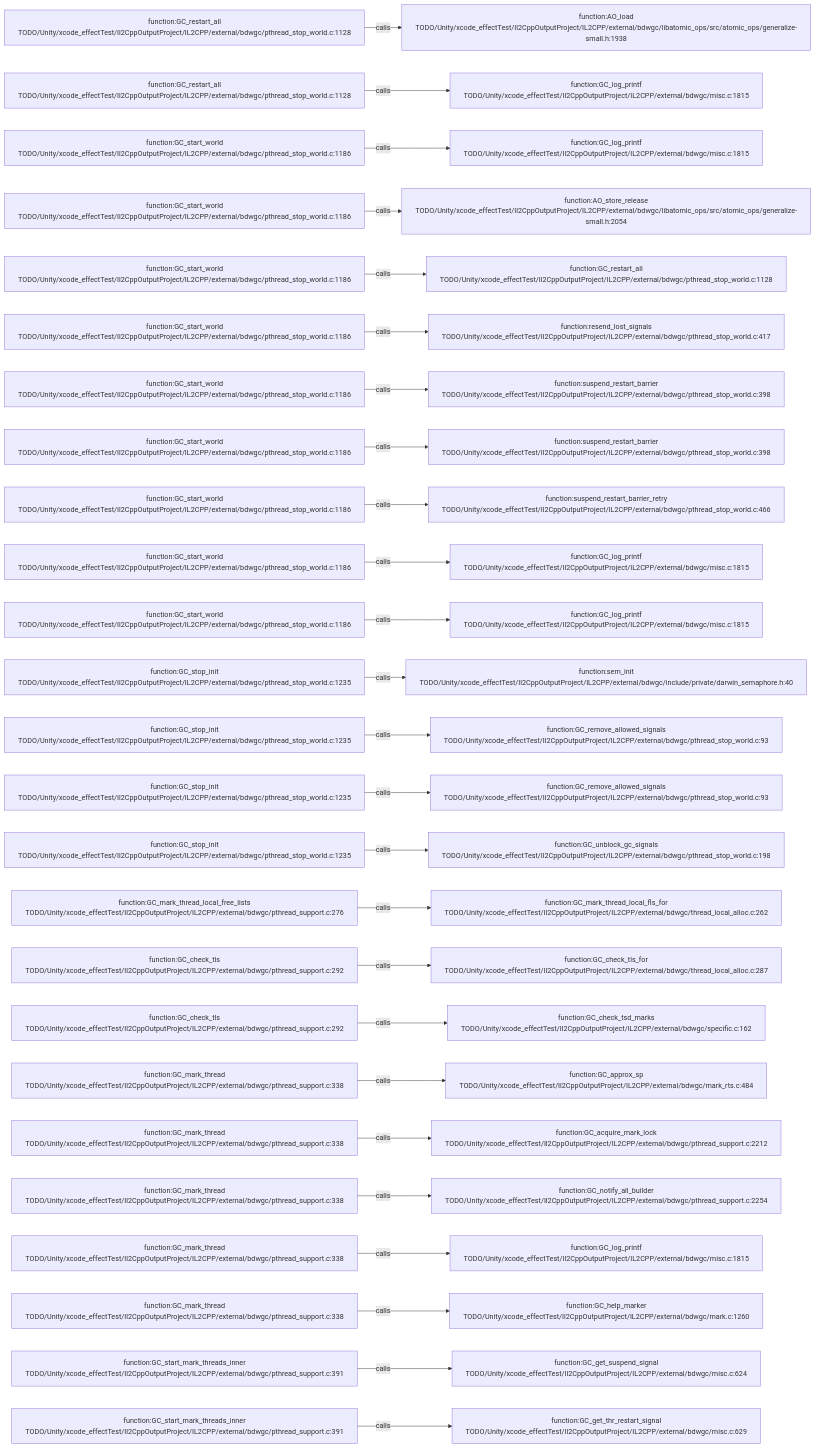
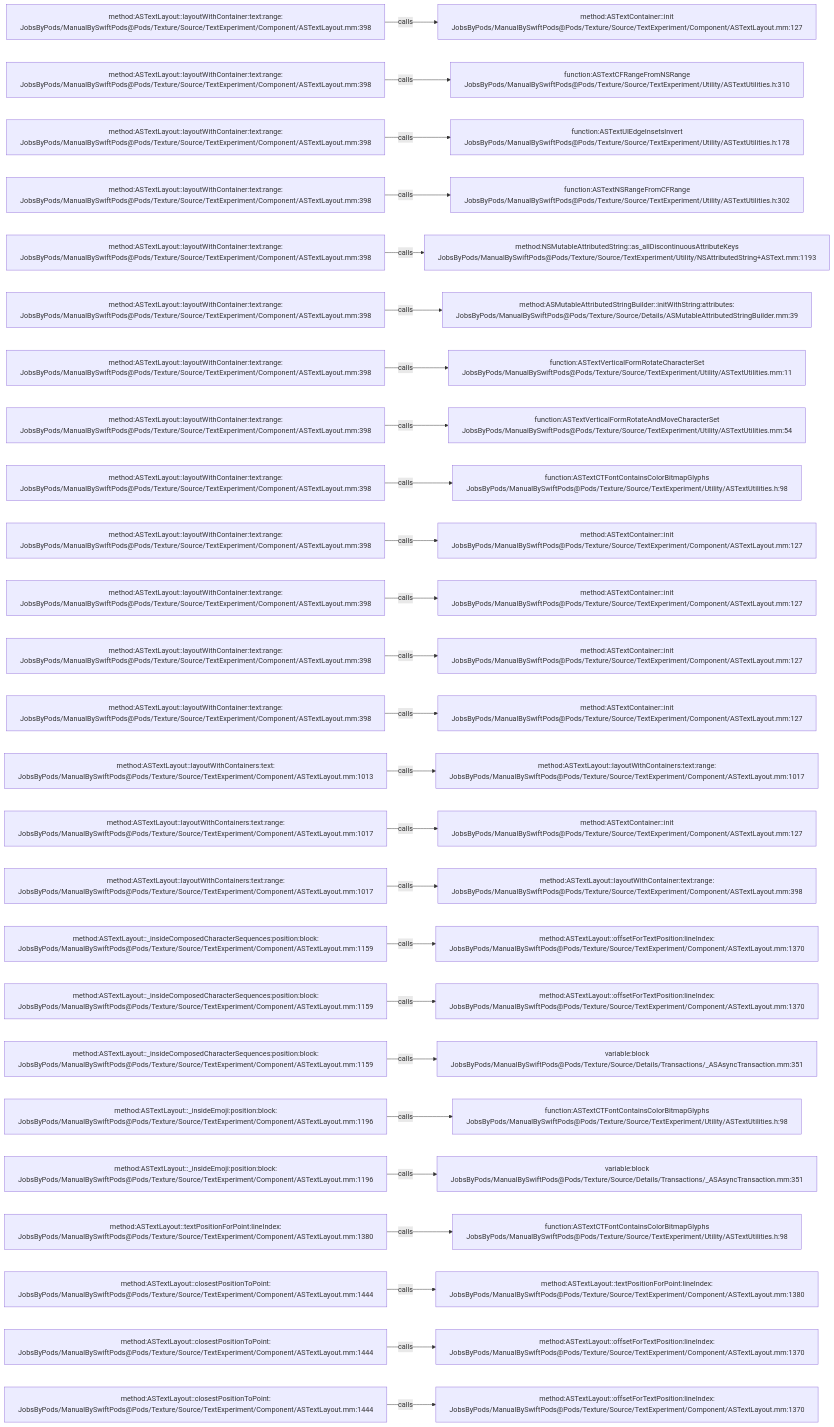
The diagram in .codegraph/codegraph.md/graphs/calls-151.md (JobsKits/JobsSwiftBaseConfigDemo), drawn with Mermaid before and after one commit. The commit also changed 2959 other files, not shown here.

````diff
--- a/.codegraph/codegraph.md/graphs/calls-151.md
+++ b/.codegraph/codegraph.md/graphs/calls-151.md
@@ -13,78 +13,78 @@
 ```mermaid
 flowchart LR
-  S1["function:GC_restart_all<br/>TODO/Unity/xcode_effectTest/Il2CppOutputProject/IL2CPP/external/bdwgc/pthread_stop_world.c:1128"]
-  T1["function:AO_load<br/>TODO/Unity/xcode_effectTest/Il2CppOutputProject/IL2CPP/external/bdwgc/libatomic_ops/src/atomic_ops/generalize-small.h:1938"]
+  S1["method:ASTextLayout::layoutWithContainer:text:range:<br/>JobsByPods/ManualBySwiftPods@Pods/Texture/Source/TextExperiment/Component/ASTextLayout.mm:398"]
+  T1["method:ASTextContainer::init<br/>JobsByPods/ManualBySwiftPods@Pods/Texture/Source/TextExperiment/Component/ASTextLayout.mm:127"]
   S1 -->|calls| T1
-  S2["function:GC_restart_all<br/>TODO/Unity/xcode_effectTest/Il2CppOutputProject/IL2CPP/external/bdwgc/pthread_stop_world.c:1128"]
-  T2["function:GC_log_printf<br/>TODO/Unity/xcode_effectTest/Il2CppOutputProject/IL2CPP/external/bdwgc/misc.c:1815"]
+  S2["method:ASTextLayout::layoutWithContainer:text:range:<br/>JobsByPods/ManualBySwiftPods@Pods/Texture/Source/TextExperiment/Component/ASTextLayout.mm:398"]
+  T2["function:ASTextCFRangeFromNSRange<br/>JobsByPods/ManualBySwiftPods@Pods/Texture/Source/TextExperiment/Utility/ASTextUtilities.h:310"]
   S2 -->|calls| T2
-  S3["function:GC_start_world<br/>TODO/Unity/xcode_effectTest/Il2CppOutputProject/IL2CPP/external/bdwgc/pthread_stop_world.c:1186"]
-  T3["function:GC_log_printf<br/>TODO/Unity/xcode_effectTest/Il2CppOutputProject/IL2CPP/external/bdwgc/misc.c:1815"]
+  S3["method:ASTextLayout::layoutWithContainer:text:range:<br/>JobsByPods/ManualBySwiftPods@Pods/Texture/Source/TextExperiment/Component/ASTextLayout.mm:398"]
+  T3["function:ASTextUIEdgeInsetsInvert<br/>JobsByPods/ManualBySwiftPods@Pods/Texture/Source/TextExperiment/Utility/ASTextUtilities.h:178"]
   S3 -->|calls| T3
-  S4["function:GC_start_world<br/>TODO/Unity/xcode_effectTest/Il2CppOutputProject/IL2CPP/external/bdwgc/pthread_stop_world.c:1186"]
-  T4["function:AO_store_release<br/>TODO/Unity/xcode_effectTest/Il2CppOutputProject/IL2CPP/external/bdwgc/libatomic_ops/src/atomic_ops/generalize-small.h:2054"]
+  S4["method:ASTextLayout::layoutWithContainer:text:range:<br/>JobsByPods/ManualBySwiftPods@Pods/Texture/Source/TextExperiment/Component/ASTextLayout.mm:398"]
+  T4["function:ASTextNSRangeFromCFRange<br/>JobsByPods/ManualBySwiftPods@Pods/Texture/Source/TextExperiment/Utility/ASTextUtilities.h:302"]
   S4 -->|calls| T4
-  S5["function:GC_start_world<br/>TODO/Unity/xcode_effectTest/Il2CppOutputProject/IL2CPP/external/bdwgc/pthread_stop_world.c:1186"]
-  T5["function:GC_restart_all<br/>TODO/Unity/xcode_effectTest/Il2CppOutputProject/IL2CPP/external/bdwgc/pthread_stop_world.c:1128"]
+  S5["method:ASTextLayout::layoutWithContainer:text:range:<br/>JobsByPods/ManualBySwiftPods@Pods/Texture/Source/TextExperiment/Component/ASTextLayout.mm:398"]
+  T5["method:NSMutableAttributedString::as_allDiscontinuousAttributeKeys<br/>JobsByPods/ManualBySwiftPods@Pods/Texture/Source/TextExperiment/Utility/NSAttributedString+ASText.mm:1193"]
   S5 -->|calls| T5
-  S6["function:GC_start_world<br/>TODO/Unity/xcode_effectTest/Il2CppOutputProject/IL2CPP/external/bdwgc/pthread_stop_world.c:1186"]
-  T6["function:resend_lost_signals<br/>TODO/Unity/xcode_effectTest/Il2CppOutputProject/IL2CPP/external/bdwgc/pthread_stop_world.c:417"]
+  S6["method:ASTextLayout::layoutWithContainer:text:range:<br/>JobsByPods/ManualBySwiftPods@Pods/Texture/Source/TextExperiment/Component/ASTextLayout.mm:398"]
+  T6["method:ASMutableAttributedStringBuilder::initWithString:attributes:<br/>JobsByPods/ManualBySwiftPods@Pods/Texture/Source/Details/ASMutableAttributedStringBuilder.mm:39"]
   S6 -->|calls| T6
-  S7["function:GC_start_world<br/>TODO/Unity/xcode_effectTest/Il2CppOutputProject/IL2CPP/external/bdwgc/pthread_stop_world.c:1186"]
-  T7["function:suspend_restart_barrier<br/>TODO/Unity/xcode_effectTest/Il2CppOutputProject/IL2CPP/external/bdwgc/pthread_stop_world.c:398"]
+  S7["method:ASTextLayout::layoutWithContainer:text:range:<br/>JobsByPods/ManualBySwiftPods@Pods/Texture/Source/TextExperiment/Component/ASTextLayout.mm:398"]
+  T7["function:ASTextVerticalFormRotateCharacterSet<br/>JobsByPods/ManualBySwiftPods@Pods/Texture/Source/TextExperiment/Utility/ASTextUtilities.mm:11"]
   S7 -->|calls| T7
-  S8["function:GC_start_world<br/>TODO/Unity/xcode_effectTest/Il2CppOutputProject/IL2CPP/external/bdwgc/pthread_stop_world.c:1186"]
-  T8["function:suspend_restart_barrier<br/>TODO/Unity/xcode_effectTest/Il2CppOutputProject/IL2CPP/external/bdwgc/pthread_stop_world.c:398"]
+  S8["method:ASTextLayout::layoutWithContainer:text:range:<br/>JobsByPods/ManualBySwiftPods@Pods/Texture/Source/TextExperiment/Component/ASTextLayout.mm:398"]
+  T8["function:ASTextVerticalFormRotateAndMoveCharacterSet<br/>JobsByPods/ManualBySwiftPods@Pods/Texture/Source/TextExperiment/Utility/ASTextUtilities.mm:54"]
   S8 -->|calls| T8
-  S9["function:GC_start_world<br/>TODO/Unity/xcode_effectTest/Il2CppOutputProject/IL2CPP/external/bdwgc/pthread_stop_world.c:1186"]
-  T9["function:suspend_restart_barrier_retry<br/>TODO/Unity/xcode_effectTest/Il2CppOutputProject/IL2CPP/external/bdwgc/pthread_stop_world.c:466"]
+  S9["method:ASTextLayout::layoutWithContainer:text:range:<br/>JobsByPods/ManualBySwiftPods@Pods/Texture/Source/TextExperiment/Component/ASTextLayout.mm:398"]
+  T9["function:ASTextCTFontContainsColorBitmapGlyphs<br/>JobsByPods/ManualBySwiftPods@Pods/Texture/Source/TextExperiment/Utility/ASTextUtilities.h:98"]
   S9 -->|calls| T9
-  S10["function:GC_start_world<br/>TODO/Unity/xcode_effectTest/Il2CppOutputProject/IL2CPP/external/bdwgc/pthread_stop_world.c:1186"]
-  T10["function:GC_log_printf<br/>TODO/Unity/xcode_effectTest/Il2CppOutputProject/IL2CPP/external/bdwgc/misc.c:1815"]
+  S10["method:ASTextLayout::layoutWithContainer:text:range:<br/>JobsByPods/ManualBySwiftPods@Pods/Texture/Source/TextExperiment/Component/ASTextLayout.mm:398"]
+  T10["method:ASTextContainer::init<br/>JobsByPods/ManualBySwiftPods@Pods/Texture/Source/TextExperiment/Component/ASTextLayout.mm:127"]
   S10 -->|calls| T10
-  S11["function:GC_start_world<br/>TODO/Unity/xcode_effectTest/Il2CppOutputProject/IL2CPP/external/bdwgc/pthread_stop_world.c:1186"]
-  T11["function:GC_log_printf<br/>TODO/Unity/xcode_effectTest/Il2CppOutputProject/IL2CPP/external/bdwgc/misc.c:1815"]
+  S11["method:ASTextLayout::layoutWithContainer:text:range:<br/>JobsByPods/ManualBySwiftPods@Pods/Texture/Source/TextExperiment/Component/ASTextLayout.mm:398"]
+  T11["method:ASTextContainer::init<br/>JobsByPods/ManualBySwiftPods@Pods/Texture/Source/TextExperiment/Component/ASTextLayout.mm:127"]
   S11 -->|calls| T11
-  S12["function:GC_stop_init<br/>TODO/Unity/xcode_effectTest/Il2CppOutputProject/IL2CPP/external/bdwgc/pthread_stop_world.c:1235"]
-  T12["function:sem_init<br/>TODO/Unity/xcode_effectTest/Il2CppOutputProject/IL2CPP/external/bdwgc/include/private/darwin_semaphore.h:40"]
+  S12["method:ASTextLayout::layoutWithContainer:text:range:<br/>JobsByPods/ManualBySwiftPods@Pods/Texture/Source/TextExperiment/Component/ASTextLayout.mm:398"]
+  T12["method:ASTextContainer::init<br/>JobsByPods/ManualBySwiftPods@Pods/Texture/Source/TextExperiment/Component/ASTextLayout.mm:127"]
   S12 -->|calls| T12
-  S13["function:GC_stop_init<br/>TODO/Unity/xcode_effectTest/Il2CppOutputProject/IL2CPP/external/bdwgc/pthread_stop_world.c:1235"]
-  T13["function:GC_remove_allowed_signals<br/>TODO/Unity/xcode_effectTest/Il2CppOutputProject/IL2CPP/external/bdwgc/pthread_stop_world.c:93"]
+  S13["method:ASTextLayout::layoutWithContainer:text:range:<br/>JobsByPods/ManualBySwiftPods@Pods/Texture/Source/TextExperiment/Component/ASTextLayout.mm:398"]
+  T13["method:ASTextContainer::init<br/>JobsByPods/ManualBySwiftPods@Pods/Texture/Source/TextExperiment/Component/ASTextLayout.mm:127"]
   S13 -->|calls| T13
-  S14["function:GC_stop_init<br/>TODO/Unity/xcode_effectTest/Il2CppOutputProject/IL2CPP/external/bdwgc/pthread_stop_world.c:1235"]
-  T14["function:GC_remove_allowed_signals<br/>TODO/Unity/xcode_effectTest/Il2CppOutputProject/IL2CPP/external/bdwgc/pthread_stop_world.c:93"]
+  S14["method:ASTextLayout::layoutWithContainers:text:<br/>JobsByPods/ManualBySwiftPods@Pods/Texture/Source/TextExperiment/Component/ASTextLayout.mm:1013"]
+  T14["method:ASTextLayout::layoutWithContainers:text:range:<br/>JobsByPods/ManualBySwiftPods@Pods/Texture/Source/TextExperiment/Component/ASTextLayout.mm:1017"]
   S14 -->|calls| T14
-  S15["function:GC_stop_init<br/>TODO/Unity/xcode_effectTest/Il2CppOutputProject/IL2CPP/external/bdwgc/pthread_stop_world.c:1235"]
-  T15["function:GC_unblock_gc_signals<br/>TODO/Unity/xcode_effectTest/Il2CppOutputProject/IL2CPP/external/bdwgc/pthread_stop_world.c:198"]
+  S15["method:ASTextLayout::layoutWithContainers:text:range:<br/>JobsByPods/ManualBySwiftPods@Pods/Texture/Source/TextExperiment/Component/ASTextLayout.mm:1017"]
+  T15["method:ASTextContainer::init<br/>JobsByPods/ManualBySwiftPods@Pods/Texture/Source/TextExperiment/Component/ASTextLayout.mm:127"]
   S15 -->|calls| T15
-  S16["function:GC_mark_thread_local_free_lists<br/>TODO/Unity/xcode_effectTest/Il2CppOutputProject/IL2CPP/external/bdwgc/pthread_support.c:276"]
-  T16["function:GC_mark_thread_local_fls_for<br/>TODO/Unity/xcode_effectTest/Il2CppOutputProject/IL2CPP/external/bdwgc/thread_local_alloc.c:262"]
+  S16["method:ASTextLayout::layoutWithContainers:text:range:<br/>JobsByPods/ManualBySwiftPods@Pods/Texture/Source/TextExperiment/Component/ASTextLayout.mm:1017"]
+  T16["method:ASTextLayout::layoutWithContainer:text:range:<br/>JobsByPods/ManualBySwiftPods@Pods/Texture/Source/TextExperiment/Component/ASTextLayout.mm:398"]
   S16 -->|calls| T16
-  S17["function:GC_check_tls<br/>TODO/Unity/xcode_effectTest/Il2CppOutputProject/IL2CPP/external/bdwgc/pthread_support.c:292"]
-  T17["function:GC_check_tls_for<br/>TODO/Unity/xcode_effectTest/Il2CppOutputProject/IL2CPP/external/bdwgc/thread_local_alloc.c:287"]
+  S17["method:ASTextLayout::_insideComposedCharacterSequences:position:block:<br/>JobsByPods/ManualBySwiftPods@Pods/Texture/Source/TextExperiment/Component/ASTextLayout.mm:1159"]
+  T17["method:ASTextLayout::offsetForTextPosition:lineIndex:<br/>JobsByPods/ManualBySwiftPods@Pods/Texture/Source/TextExperiment/Component/ASTextLayout.mm:1370"]
   S17 -->|calls| T17
-  S18["function:GC_check_tls<br/>TODO/Unity/xcode_effectTest/Il2CppOutputProject/IL2CPP/external/bdwgc/pthread_support.c:292"]
-  T18["function:GC_check_tsd_marks<br/>TODO/Unity/xcode_effectTest/Il2CppOutputProject/IL2CPP/external/bdwgc/specific.c:162"]
+  S18["method:ASTextLayout::_insideComposedCharacterSequences:position:block:<br/>JobsByPods/ManualBySwiftPods@Pods/Texture/Source/TextExperiment/Component/ASTextLayout.mm:1159"]
+  T18["method:ASTextLayout::offsetForTextPosition:lineIndex:<br/>JobsByPods/ManualBySwiftPods@Pods/Texture/Source/TextExperiment/Component/ASTextLayout.mm:1370"]
   S18 -->|calls| T18
-  S19["function:GC_mark_thread<br/>TODO/Unity/xcode_effectTest/Il2CppOutputProject/IL2CPP/external/bdwgc/pthread_support.c:338"]
-  T19["function:GC_approx_sp<br/>TODO/Unity/xcode_effectTest/Il2CppOutputProject/IL2CPP/external/bdwgc/mark_rts.c:484"]
+  S19["method:ASTextLayout::_insideComposedCharacterSequences:position:block:<br/>JobsByPods/ManualBySwiftPods@Pods/Texture/Source/TextExperiment/Component/ASTextLayout.mm:1159"]
+  T19["variable:block<br/>JobsByPods/ManualBySwiftPods@Pods/Texture/Source/Details/Transactions/_ASAsyncTransaction.mm:351"]
   S19 -->|calls| T19
-  S20["function:GC_mark_thread<br/>TODO/Unity/xcode_effectTest/Il2CppOutputProject/IL2CPP/external/bdwgc/pthread_support.c:338"]
-  T20["function:GC_acquire_mark_lock<br/>TODO/Unity/xcode_effectTest/Il2CppOutputProject/IL2CPP/external/bdwgc/pthread_support.c:2212"]
+  S20["method:ASTextLayout::_insideEmoji:position:block:<br/>JobsByPods/ManualBySwiftPods@Pods/Texture/Source/TextExperiment/Component/ASTextLayout.mm:1196"]
+  T20["function:ASTextCTFontContainsColorBitmapGlyphs<br/>JobsByPods/ManualBySwiftPods@Pods/Texture/Source/TextExperiment/Utility/ASTextUtilities.h:98"]
   S20 -->|calls| T20
-  S21["function:GC_mark_thread<br/>TODO/Unity/xcode_effectTest/Il2CppOutputProject/IL2CPP/external/bdwgc/pthread_support.c:338"]
-  T21["function:GC_notify_all_builder<br/>TODO/Unity/xcode_effectTest/Il2CppOutputProject/IL2CPP/external/bdwgc/pthread_support.c:2254"]
+  S21["method:ASTextLayout::_insideEmoji:position:block:<br/>JobsByPods/ManualBySwiftPods@Pods/Texture/Source/TextExperiment/Component/ASTextLayout.mm:1196"]
+  T21["variable:block<br/>JobsByPods/ManualBySwiftPods@Pods/Texture/Source/Details/Transactions/_ASAsyncTransaction.mm:351"]
   S21 -->|calls| T21
-  S22["function:GC_mark_thread<br/>TODO/Unity/xcode_effectTest/Il2CppOutputProject/IL2CPP/external/bdwgc/pthread_support.c:338"]
-  T22["function:GC_log_printf<br/>TODO/Unity/xcode_effectTest/Il2CppOutputProject/IL2CPP/external/bdwgc/misc.c:1815"]
+  S22["method:ASTextLayout::textPositionForPoint:lineIndex:<br/>JobsByPods/ManualBySwiftPods@Pods/Texture/Source/TextExperiment/Component/ASTextLayout.mm:1380"]
+  T22["function:ASTextCTFontContainsColorBitmapGlyphs<br/>JobsByPods/ManualBySwiftPods@Pods/Texture/Source/TextExperiment/Utility/ASTextUtilities.h:98"]
   S22 -->|calls| T22
-  S23["function:GC_mark_thread<br/>TODO/Unity/xcode_effectTest/Il2CppOutputProject/IL2CPP/external/bdwgc/pthread_support.c:338"]
-  T23["function:GC_help_marker<br/>TODO/Unity/xcode_effectTest/Il2CppOutputProject/IL2CPP/external/bdwgc/mark.c:1260"]
+  S23["method:ASTextLayout::closestPositionToPoint:<br/>JobsByPods/ManualBySwiftPods@Pods/Texture/Source/TextExperiment/Component/ASTextLayout.mm:1444"]
+  T23["method:ASTextLayout::textPositionForPoint:lineIndex:<br/>JobsByPods/ManualBySwiftPods@Pods/Texture/Source/TextExperiment/Component/ASTextLayout.mm:1380"]
   S23 -->|calls| T23
-  S24["function:GC_start_mark_threads_inner<br/>TODO/Unity/xcode_effectTest/Il2CppOutputProject/IL2CPP/external/bdwgc/pthread_support.c:391"]
-  T24["function:GC_get_suspend_signal<br/>TODO/Unity/xcode_effectTest/Il2CppOutputProject/IL2CPP/external/bdwgc/misc.c:624"]
+  S24["method:ASTextLayout::closestPositionToPoint:<br/>JobsByPods/ManualBySwiftPods@Pods/Texture/Source/TextExperiment/Component/ASTextLayout.mm:1444"]
+  T24["method:ASTextLayout::offsetForTextPosition:lineIndex:<br/>JobsByPods/ManualBySwiftPods@Pods/Texture/Source/TextExperiment/Component/ASTextLayout.mm:1370"]
   S24 -->|calls| T24
-  S25["function:GC_start_mark_threads_inner<br/>TODO/Unity/xcode_effectTest/Il2CppOutputProject/IL2CPP/external/bdwgc/pthread_support.c:391"]
-  T25["function:GC_get_thr_restart_signal<br/>TODO/Unity/xcode_effectTest/Il2CppOutputProject/IL2CPP/external/bdwgc/misc.c:629"]
+  S25["method:ASTextLayout::closestPositionToPoint:<br/>JobsByPods/ManualBySwiftPods@Pods/Texture/Source/TextExperiment/Component/ASTextLayout.mm:1444"]
+  T25["method:ASTextLayout::offsetForTextPosition:lineIndex:<br/>JobsByPods/ManualBySwiftPods@Pods/Texture/Source/TextExperiment/Component/ASTextLayout.mm:1370"]
   S25 -->|calls| T25
 ```
````
